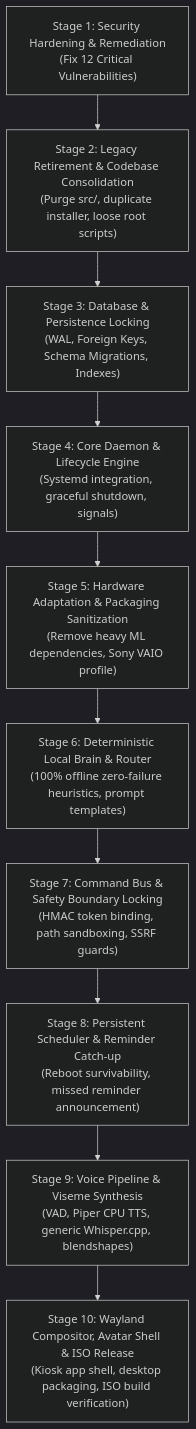
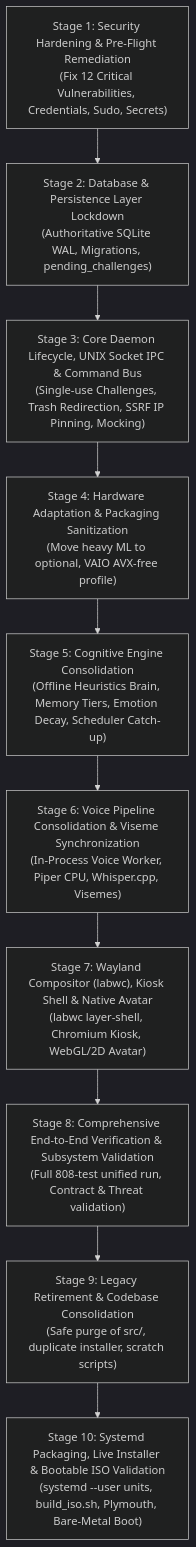
Before and after one commit to SwaritSingh0017/SereinOS: the diagram in docs/IMPLEMENTATION_ROADMAP.md, drawn with Mermaid (dark theme). The commit also changed other lines of this file and 5 other files, not shown here.

Commit message:
docs: finalize architecture validation, ADRs, interface contracts, security threat model, and non-destructive roadmap

````diff
--- a/docs/IMPLEMENTATION_ROADMAP.md
+++ b/docs/IMPLEMENTATION_ROADMAP.md
@@ -16,15 +16,15 @@
 ```mermaid
 flowchart TD
-    S1["Stage 1: Security Hardening & Remediation<br/>(Fix 12 Critical Vulnerabilities)"]
-    S2["Stage 2: Legacy Retirement & Codebase Consolidation<br/>(Purge src/, duplicate installer, loose root scripts)"]
-    S3["Stage 3: Database & Persistence Locking<br/>(WAL, Foreign Keys, Schema Migrations, Indexes)"]
-    S4["Stage 4: Core Daemon & Lifecycle Engine<br/>(Systemd integration, graceful shutdown, signals)"]
-    S5["Stage 5: Hardware Adaptation & Packaging Sanitization<br/>(Remove heavy ML dependencies, Sony VAIO profile)"]
-    S6["Stage 6: Deterministic Local Brain & Router<br/>(100% offline zero-failure heuristics, prompt templates)"]
-    S7["Stage 7: Command Bus & Safety Boundary Locking<br/>(HMAC token binding, path sandboxing, SSRF guards)"]
-    S8["Stage 8: Persistent Scheduler & Reminder Catch-up<br/>(Reboot survivability, missed reminder announcement)"]
-    S9["Stage 9: Voice Pipeline & Viseme Synthesis<br/>(VAD, Piper CPU TTS, generic Whisper.cpp, blendshapes)"]
-    S10["Stage 10: Wayland Compositor, Avatar Shell & ISO Release<br/>(Kiosk app shell, desktop packaging, ISO build verification)"]
+    S1["Stage 1: Security Hardening & Pre-Flight Remediation<br/>(Fix 12 Critical Vulnerabilities, Credentials, Sudo, Secrets)"]
+    S2["Stage 2: Database & Persistence Layer Lockdown<br/>(Authoritative SQLite WAL, Migrations, pending_challenges)"]
+    S3["Stage 3: Core Daemon Lifecycle, UNIX Socket IPC & Command Bus<br/>(Single-use Challenges, Trash Redirection, SSRF IP Pinning, Mocking)"]
+    S4["Stage 4: Hardware Adaptation & Packaging Sanitization<br/>(Move heavy ML to optional, VAIO AVX-free profile)"]
+    S5["Stage 5: Cognitive Engine Consolidation<br/>(Offline Heuristics Brain, Memory Tiers, Emotion Decay, Scheduler Catch-up)"]
+    S6["Stage 6: Voice Pipeline Consolidation & Viseme Synchronization<br/>(In-Process Voice Worker, Piper CPU, Whisper.cpp, Visemes)"]
+    S7["Stage 7: Wayland Compositor (labwc), Kiosk Shell & Native Avatar<br/>(labwc layer-shell, Chromium Kiosk, WebGL/2D Avatar)"]
+    S8["Stage 8: Comprehensive End-to-End Verification & Subsystem Validation<br/>(Full 808-test unified run, Contract & Threat validation)"]
+    S9["Stage 9: Legacy Retirement & Codebase Consolidation<br/>(Safe purge of src/, duplicate installer, scratch scripts)"]
+    S10["Stage 10: Systemd Packaging, Live Installer & Bootable ISO Validation<br/>(systemd --user units, build_iso.sh, Plymouth, Bare-Metal Boot)"]
 
     S1 --> S2 --> S3 --> S4 --> S5 --> S6 --> S7 --> S8 --> S9 --> S10
 ```
````
